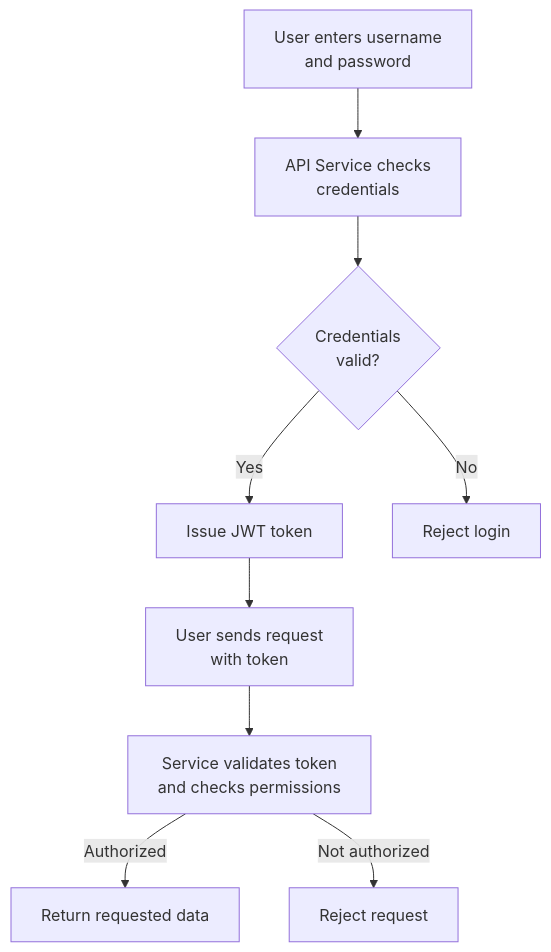
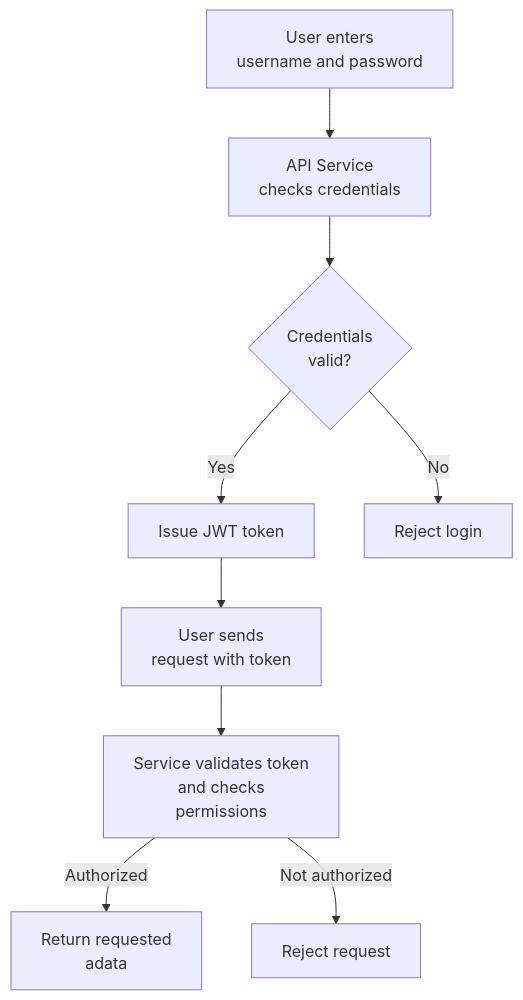
Before and after one commit to shadistaite/gym-management-system: the second of 2 diagrams in docs/architecture.md, drawn with Mermaid.

````diff
--- a/docs/architecture.md
+++ b/docs/architecture.md
@@ -38,21 +38,21 @@
 ```mermaid
 flowchart TD
-    A["User enters username<br/>and password"]
-    B["API Service checks<br/>credentials"]
+    A["User enters<br/>username and password"]
+    B["API Service<br/>checks credentials"]
     C{"Credentials<br/>valid?"}
     D["Issue JWT token"]
     E["Reject login"]
-    F["User sends request<br/>with token"]
-    G["Service validates token<br/>and checks permissions"]
-    H["Return requested data"]
+    F["User sends<br/>request with token"]
+    G["Service validates token<br/>and checks<br/>permissions"]
+    H["Return requested<br/>adata"]
     I["Reject request"]
 
     A --> B
     B --> C
     C -->|Yes| D
     C -->|No| E
     D --> F
     F --> G
     G -->|Authorized| H
     G -->|Not authorized| I
 ```
````
